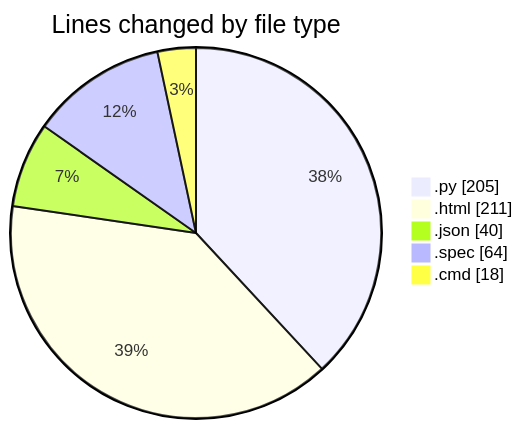
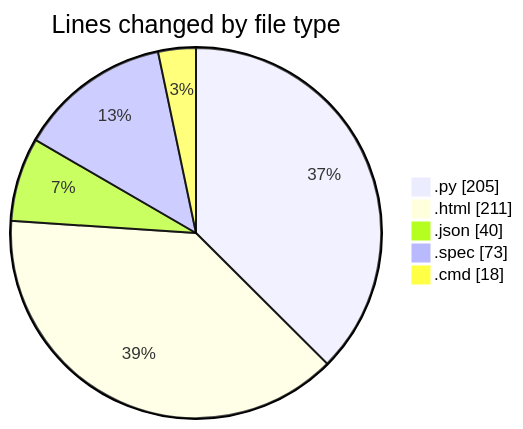
Before and after one commit to FelipKnott/code-tracking: the first of 2 diagrams in 2025-07-12/cursor/README.md, drawn with Mermaid. The commit also changed other lines of this file and 1 other file, not shown here.

````diff
--- a/2025-07-12/cursor/README.md
+++ b/2025-07-12/cursor/README.md
@@ -25,9 +25,9 @@
 ```mermaid
 pie showData
 title Lines changed by file type
 ".py" : 205
 ".html" : 211
 ".json" : 40
-".spec" : 64
+".spec" : 73
 ".cmd" : 18
 ```
````
